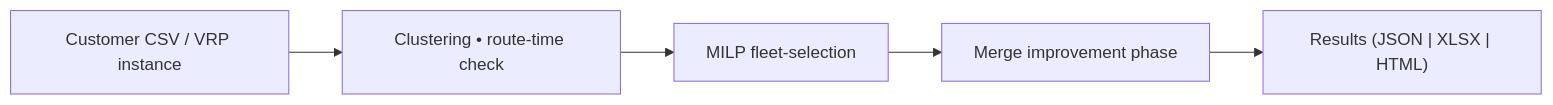
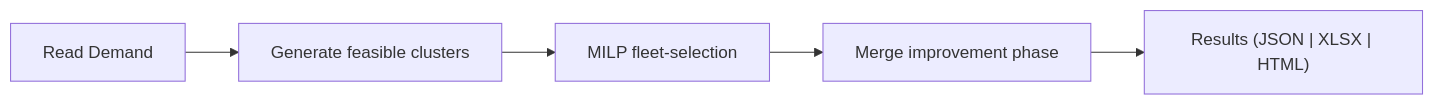
Before and after one commit to ekohan/fleetmix: the diagram in README.md, drawn with Mermaid. The commit also changed other lines of this file and 7 other files, not shown here.

````diff
--- a/README.md
+++ b/README.md
@@ -54,7 +54,7 @@
 ```mermaid
 graph LR
-    A[Customer CSV / VRP instance] --> B[Clustering • route‑time check]
+    A[Read Demand] --> B[Generate feasible clusters]
     B --> C[MILP fleet‑selection]
     C --> D[Merge improvement phase]
     D --> E["Results (JSON | XLSX | HTML)"]
 ```
````
